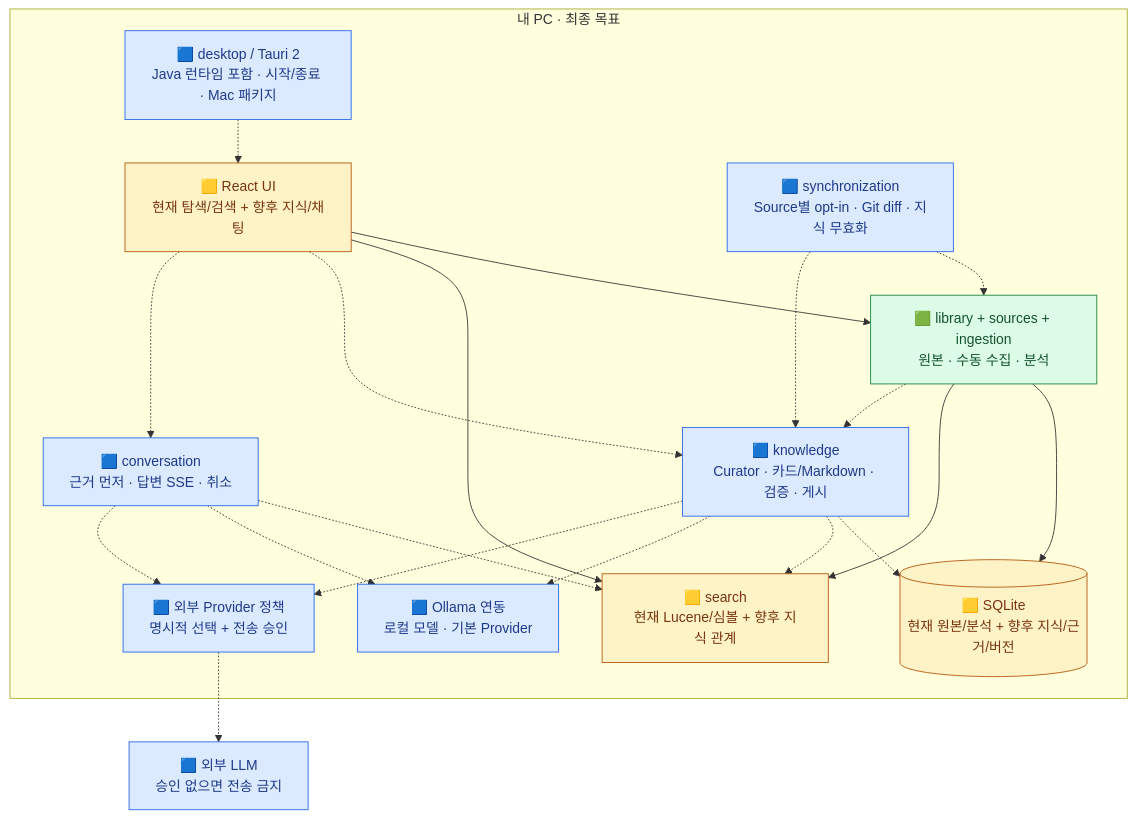
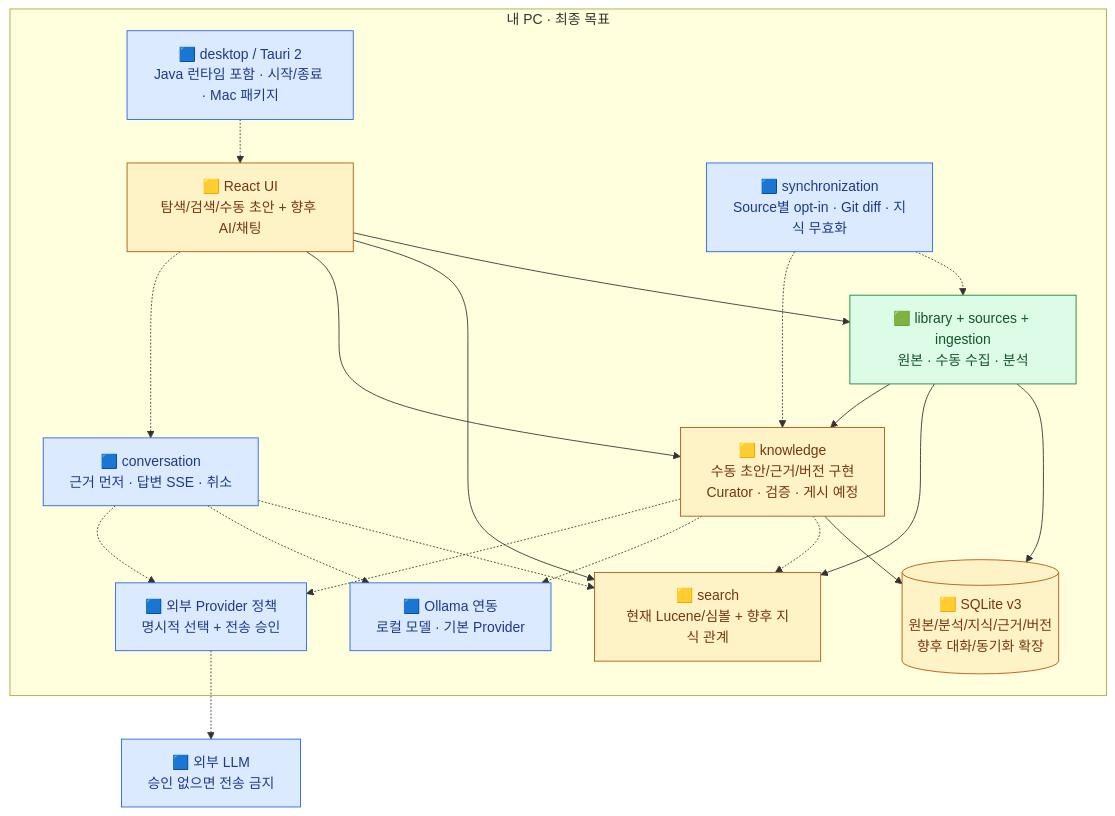
The third of 5 diagrams in docs/design-map.md (thisisnew/dougle), drawn with Mermaid before and after one commit. The commit also changed other lines of this file and 24 other files, not shown here.

````diff
--- a/docs/design-map.md
+++ b/docs/design-map.md
@@ -101,39 +109,39 @@
 ```mermaid
 flowchart TB
     subgraph PC["내 PC · 최종 목표"]
         HOST["🟦 desktop / Tauri 2<br/>Java 런타임 포함 · 시작/종료 · Mac 패키지"]
-        UI["🟨 React UI<br/>현재 탐색/검색 + 향후 지식/채팅"]
+        UI["🟨 React UI<br/>탐색/검색/수동 초안 + 향후 AI/채팅"]
         RAW["🟩 library + sources + ingestion<br/>원본 · 수동 수집 · 분석"]
         RET["🟨 search<br/>현재 Lucene/심볼 + 향후 지식 관계"]
-        KNOW["🟦 knowledge<br/>Curator · 카드/Markdown · 검증 · 게시"]
+        KNOW["🟨 knowledge<br/>수동 초안/근거/버전 구현<br/>Curator · 검증 · 게시 예정"]
         CHAT["🟦 conversation<br/>근거 먼저 · 답변 SSE · 취소"]
         SYNC["🟦 synchronization<br/>Source별 opt-in · Git diff · 지식 무효화"]
-        SQL[("🟨 SQLite<br/>현재 원본/분석 + 향후 지식/근거/버전")]
+        SQL[("🟨 SQLite v3<br/>원본/분석/지식/근거/버전<br/>향후 대화/동기화 확장")]
         MODEL["🟦 Ollama 연동<br/>로컬 모델 · 기본 Provider"]
         POLICY["🟦 외부 Provider 정책<br/>명시적 선택 + 전송 승인"]
         HOST -.-> UI
         UI --> RAW
         UI --> RET
-        UI -.-> KNOW
+        UI --> KNOW
         UI -.-> CHAT
         RAW --> SQL
         RAW --> RET
-        RAW -.-> KNOW
-        KNOW -.-> SQL
+        RAW --> KNOW
+        KNOW --> SQL
         KNOW -.-> RET
         KNOW -.-> MODEL
         CHAT -.-> RET
         CHAT -.-> MODEL
         CHAT -.-> POLICY
         KNOW -.-> POLICY
         SYNC -.-> RAW
         SYNC -.-> KNOW
     end
     POLICY -.-> EXT["🟦 외부 LLM<br/>승인 없으면 전송 금지"]
     classDef done fill:#dcfce7,stroke:#15803d,color:#14532d
     classDef partial fill:#fef3c7,stroke:#b45309,color:#78350f
     classDef planned fill:#dbeafe,stroke:#2563eb,color:#1e3a8a
     class RAW done
-    class UI,RET,SQL partial
-    class HOST,KNOW,CHAT,SYNC,MODEL,POLICY,EXT planned
+    class UI,RET,SQL,KNOW partial
+    class HOST,CHAT,SYNC,MODEL,POLICY,EXT planned
 ```
````
